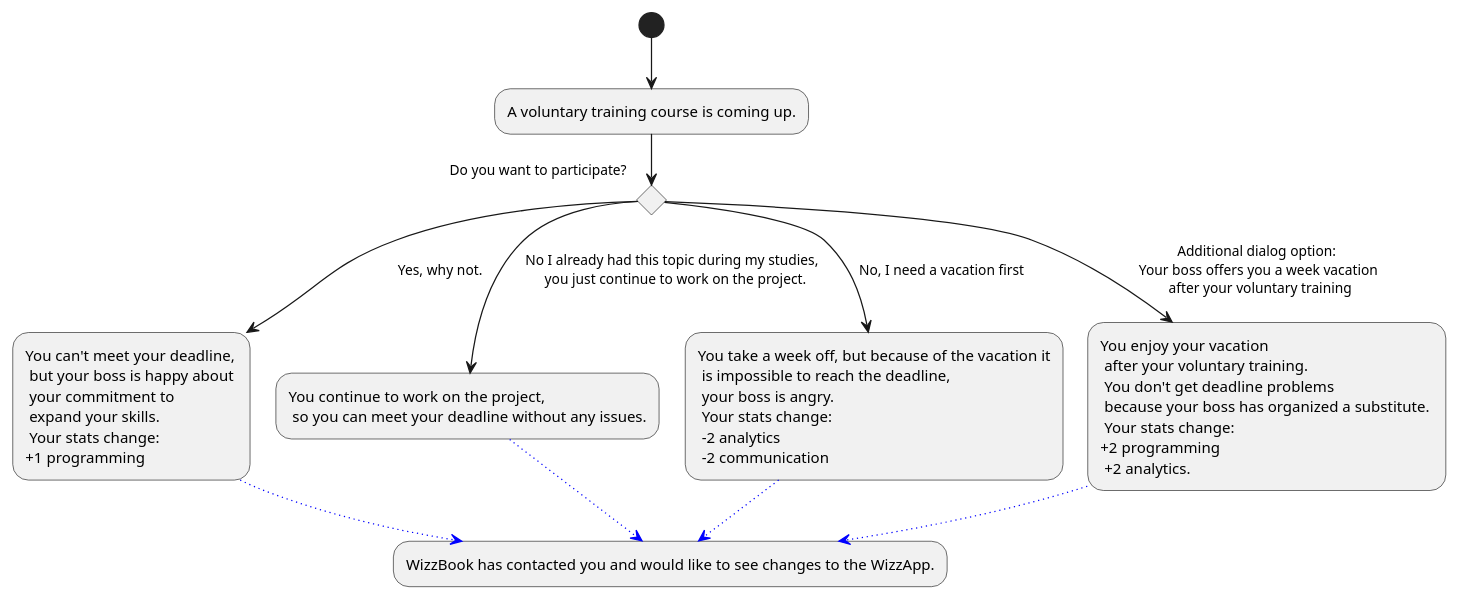
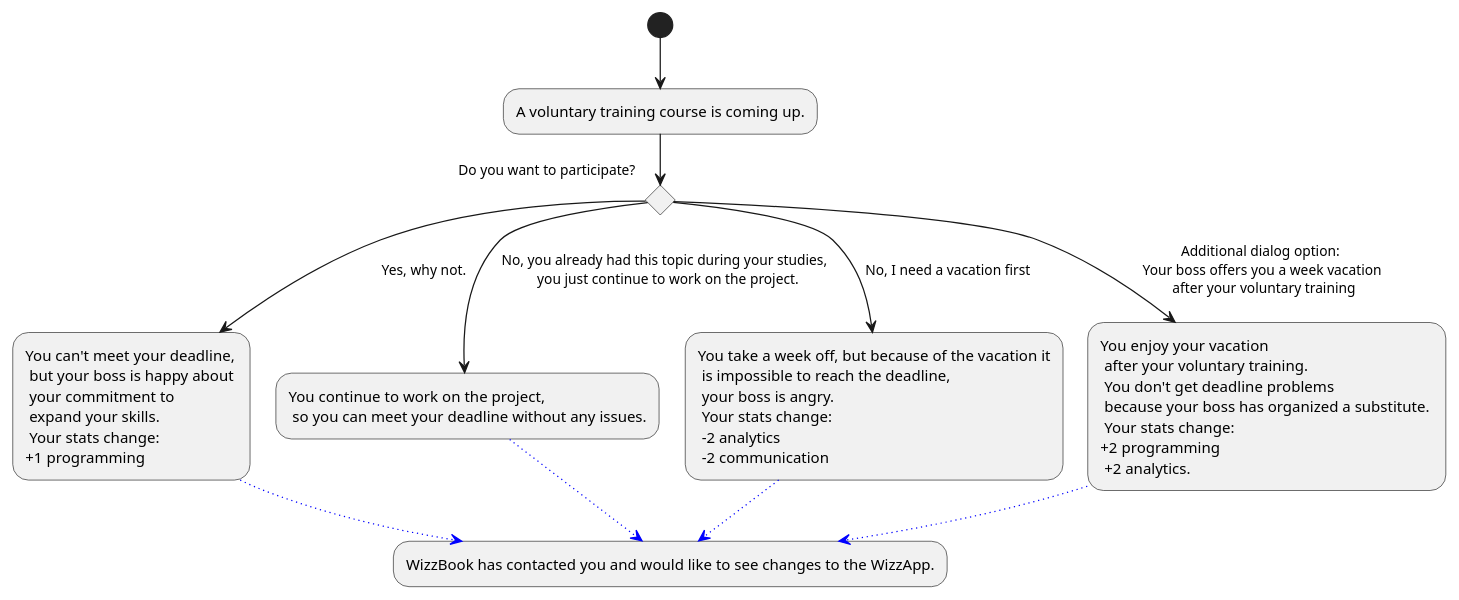
One commit to Brotenko/QualityQuest changed the diagram in Docs/Technical Specifications/docs/diagrams/StoryFlow/StoryFlow_Decision_9.puml. Above: the diagram before and after it, drawn with PlantUML.

Commit message:
Update Docs/Technical Specifications/docs/diagrams/StoryFlow/StoryFlow_Decision_9.puml

```diff
--- a/Docs/Technical Specifications/docs/diagrams/StoryFlow/StoryFlow_Decision_9.puml
+++ b/Docs/Technical Specifications/docs/diagrams/StoryFlow/StoryFlow_Decision_9.puml
@@ -1,18 +1,18 @@
 @startuml
 (*) --> "A voluntary training course is coming up."
 
 if "Do you want to participate?" then
 --> [Yes, why not.] "You can't meet your deadline,\n but your boss is happy about \n your commitment to\n expand your skills. \n Your stats change: \n+1 programming" as participate
 else
---> [No I already had this topic during my studies, \n you just continue to work on the project.] "You continue to work on the project, \n so you can meet your deadline without any issues." as keepWorking
+--> [No, you already had this topic during your studies, \n you just continue to work on the project.] "You continue to work on the project, \n so you can meet your deadline without any issues." as keepWorking
 else 
 --> [No, I need a vacation first] "You take a week off, but because of the vacation it\n is impossible to reach the deadline, \n your boss is angry. \n Your stats change: \n -2 analytics \n -2 communication" as vacation
 else 
 --> [Additional dialog option: \n Your boss offers you a week vacation \n after your voluntary training] "You enjoy your vacation \n after your voluntary training. \n You don't get deadline problems \n because your boss has organized a substitute. \n Your stats change: \n+2 programming \n +2 analytics."
 endif
 'Note: project not final, its just a filler.
 -[#blue,dotted]-> "WizzBook has contacted you and would like to see changes to the WizzApp." as nextDecision
 keepWorking -[#blue,dotted]-> nextDecision
 participate -[#blue,dotted]-> nextDecision
 vacation -[#blue,dotted]-> nextDecision
 @enduml
```
